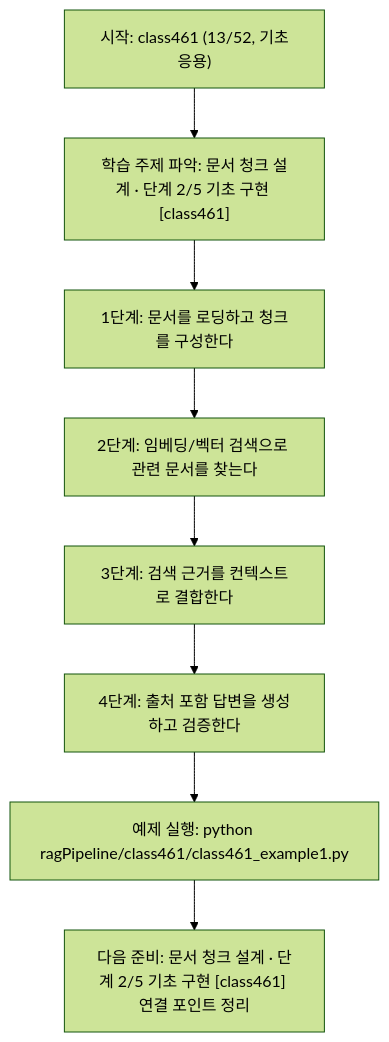
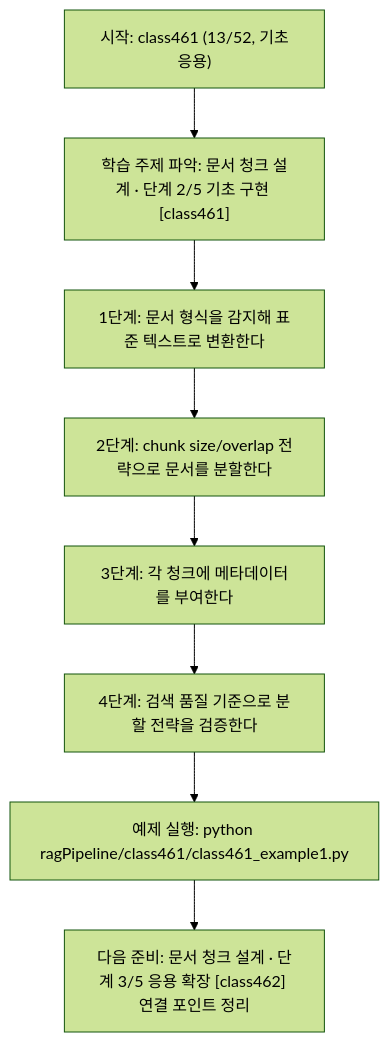
The diagram in ragPipeline/class461/class461.md (edumgt/Python-AI_Agent-Class), drawn with Mermaid (forest theme) before and after one commit. The commit also changed other lines of this file and 367 other files, not shown here.

````diff
--- a/ragPipeline/class461/class461.md
+++ b/ragPipeline/class461/class461.md
@@ -111,18 +92,18 @@
 ```mermaid
 flowchart TD
 N1["시작: class461 (13/52, 기초응용)"]
 N2["학습 주제 파악: 문서 청크 설계 · 단계 2/5 기초 구현 [class461]"]
-N3["1단계: 문서를 로딩하고 청크를 구성한다"]
-N4["2단계: 임베딩/벡터 검색으로 관련 문서를 찾는다"]
-N5["3단계: 검색 근거를 컨텍스트로 결합한다"]
-N6["4단계: 출처 포함 답변을 생성하고 검증한다"]
+N3["1단계: 문서 형식을 감지해 표준 텍스트로 변환한다"]
+N4["2단계: chunk size/overlap 전략으로 문서를 분할한다"]
+N5["3단계: 각 청크에 메타데이터를 부여한다"]
+N6["4단계: 검색 품질 기준으로 분할 전략을 검증한다"]
 N7["예제 실행: python ragPipeline/class461/class461_example1.py"]
-N8["다음 준비: 문서 청크 설계 · 단계 2/5 기초 구현 [class461] 연결 포인트 정리"]
+N8["다음 준비: 문서 청크 설계 · 단계 3/5 응용 확장 [class462] 연결 포인트 정리"]
 N1 --> N2
 N2 --> N3
 N3 --> N4
 N4 --> N5
 N5 --> N6
 N6 --> N7
 N7 --> N8
 ```
````
